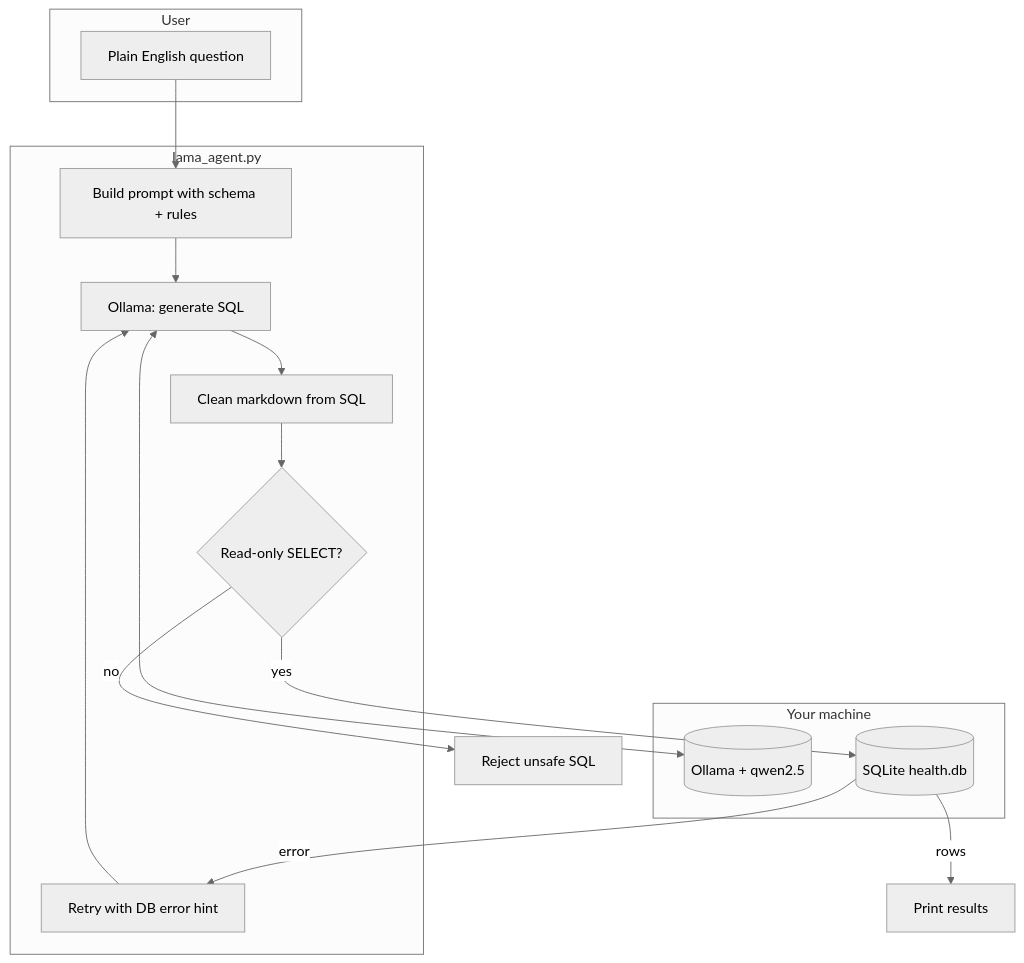
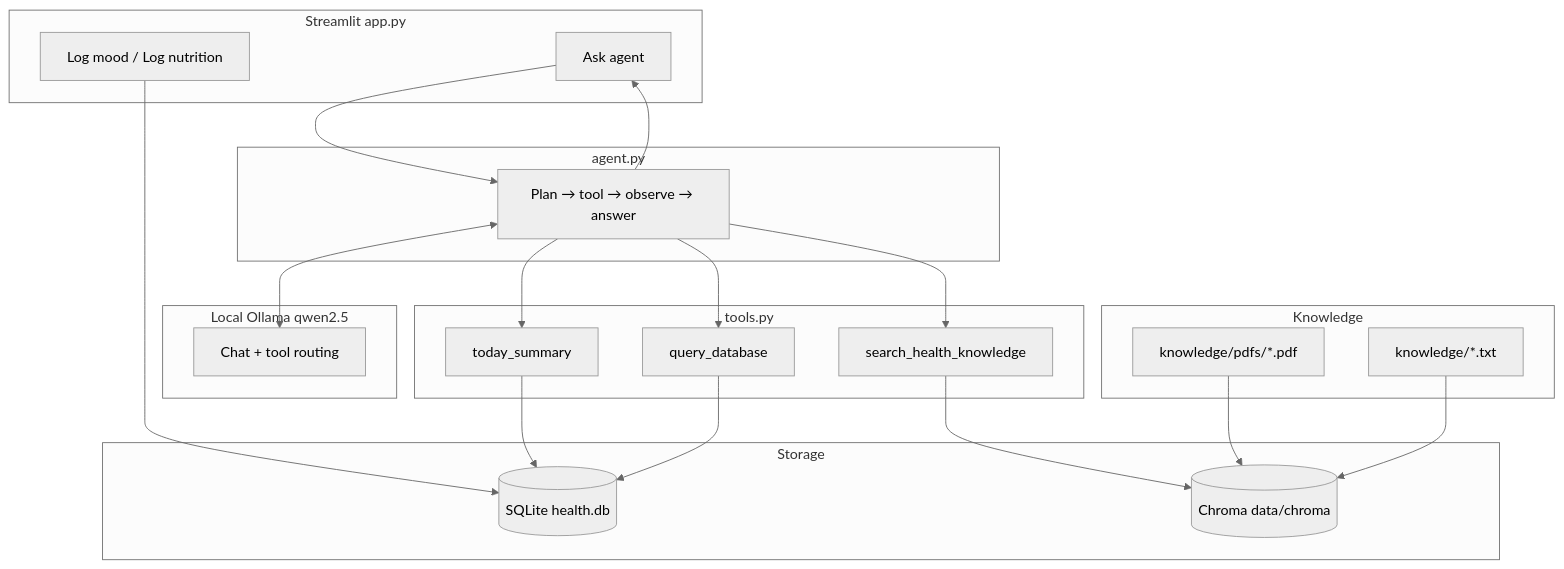
The diagram in README.md (AlbinaKrasykova/SQL_agent), drawn with Mermaid (neutral theme) before and after one commit. The commit also changed other lines of this file and 5 other files, not shown here.

````diff
--- a/README.md
+++ b/README.md
@@ -24,27 +26,42 @@
 ```mermaid
 flowchart TB
-    subgraph User
-        Q[Plain English question]
+    subgraph UI["Streamlit app.py"]
+        M[Log mood / Log nutrition]
+        A[Ask agent]
     end
 
-    subgraph Agent["lama_agent.py"]
-        P[Build prompt with schema + rules]
-        G[Ollama: generate SQL]
-        C[Clean markdown from SQL]
-        V{Read-only SELECT?}
-        R[Retry with DB error hint]
+    subgraph Agent["agent.py"]
+        Loop[Plan → tool → observe → answer]
     end
 
-    subgraph Local["Your machine"]
-        O[(Ollama + qwen2.5)]
-        DB[(SQLite health.db)]
+    subgraph Tools["tools.py"]
+        T1[today_summary]
+        T2[query_database]
+        T3[search_health_knowledge]
     end
 
-    Q --> P --> G
-    G <--> O
-    G --> C --> V
-    V -->|no| X[Reject unsafe SQL]
-    V -->|yes| DB
-    DB -->|error| R --> G
-    DB -->|rows| OUT[Print results]
+    subgraph Storage
+        SQL[(SQLite health.db)]
+        VEC[(Chroma data/chroma)]
+    end
+
+    subgraph LLM["Local Ollama qwen2.5"]
+        O[Chat + tool routing]
+    end
+
+    subgraph Knowledge
+        PDF[knowledge/pdfs/*.pdf]
+        TXT[knowledge/*.txt]
+    end
+
+    M --> SQL
+    A --> Loop
+    Loop <--> O
+    Loop --> T1 & T2 & T3
+    T1 --> SQL
+    T2 --> SQL
+    T3 --> VEC
+    PDF --> VEC
+    TXT --> VEC
+    Loop --> A
 ```
````
